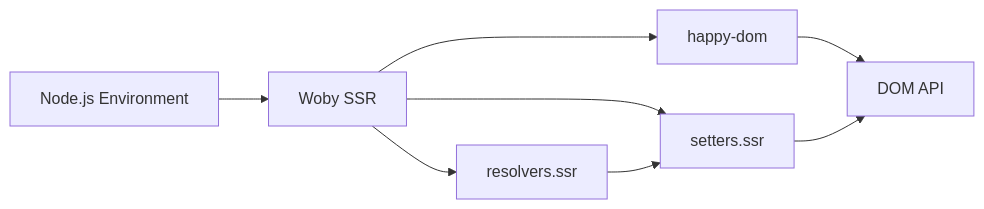
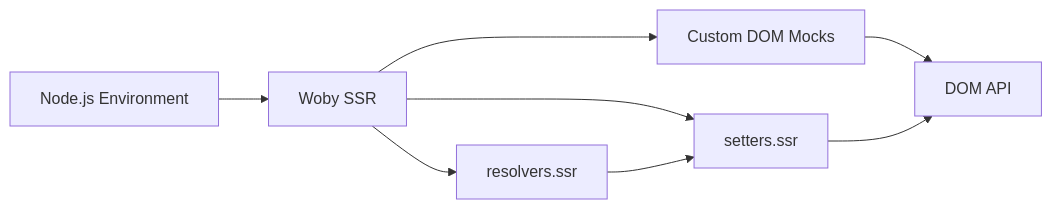
One commit to wobyjs/woby changed the fifth of 6 diagrams in .qoder/repowiki/en/content/Rendering/Server-Side Rendering.md. Above: the diagram before and after it, drawn with Mermaid. The commit also changed other lines of this file and 911 other files, not shown here.

First line of the commit message:
refactor(ssr): replace happy-dom with custom DOM mocks for server-side rendering

````diff
--- a/.qoder/repowiki/en/content/Rendering/Server-Side Rendering.md
+++ b/.qoder/repowiki/en/content/Rendering/Server-Side Rendering.md
@@ -212,11 +212,11 @@
 ```mermaid
 graph LR
 Node[Node.js Environment]
 Node --> Woby[Woby SSR]
-Woby --> happydom[happy-dom]
-happydom --> DOM[DOM API]
+Woby --> MockDOM[Custom DOM Mocks]
+MockDOM --> DOM[DOM API]
 Woby --> Setters[setters.ssr]
 Setters --> DOM
 Woby --> Resolvers[resolvers.ssr]
 Resolvers --> Setters
 ```
````
